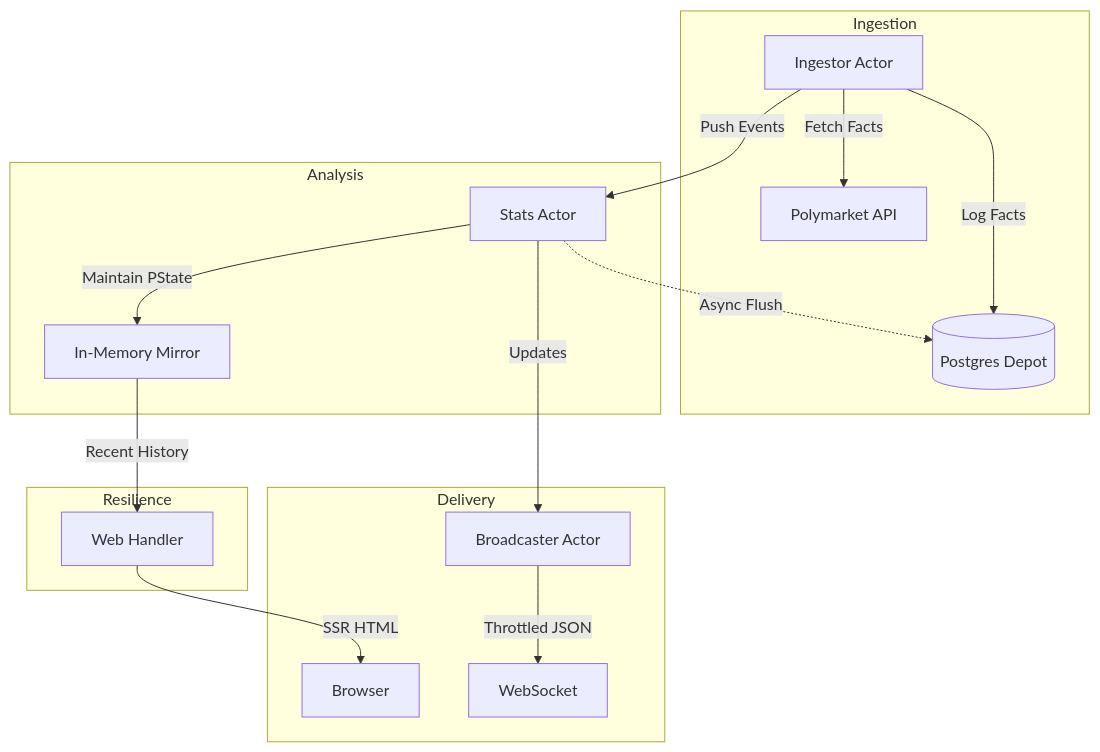
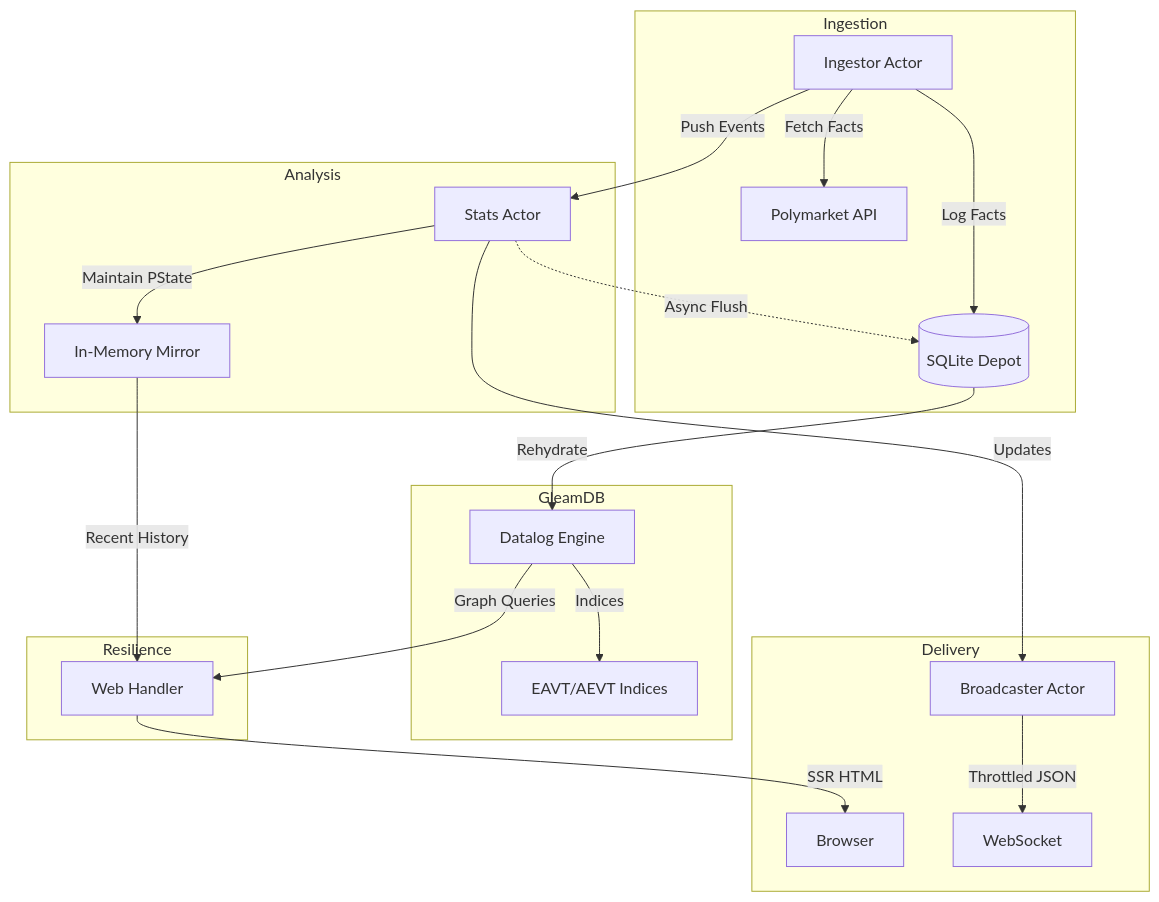
The diagram in README.md (criticalinsight/amkabot), drawn with Mermaid before and after one commit. The commit also changed other lines of this file and 11 other files, not shown here.

Commit message:
feat: integrate GleamDB for graph-based trader analysis 🧙🏾‍♂️

````diff
--- a/README.md
+++ b/README.md
@@ -18,23 +18,29 @@
 ```mermaid
 graph TD
     subgraph Ingestion
         I[Ingestor Actor] -->|Fetch Facts| P[Polymarket API]
-        I -->|Log Facts| DB[(Postgres Depot)]
+        I -->|Log Facts| SQLite[(SQLite Depot)]
+    end
+
+    subgraph Analytical_Graph [GleamDB]
+        GDB[Datalog Engine] -->|Indices| EAVT[EAVT/AEVT Indices]
+        SQLite -->|Rehydrate| GDB
     end
 
     subgraph Analysis
         S[Stats Actor] -->|Maintain PState| M[In-Memory Mirror]
         I -->|Push Events| S
     end
 
     subgraph Resilience
-        S -.->|Async Flush| DB
+        S -.->|Async Flush| SQLite
         M -->|Recent History| W[Web Handler]
+        GDB -->|Graph Queries| W
     end
 
     subgraph Delivery
         W -->|SSR HTML| B[Browser]
         S -->|Updates| BR[Broadcaster Actor]
         BR -->|Throttled JSON| WS[WebSocket]
     end
 ```
````
